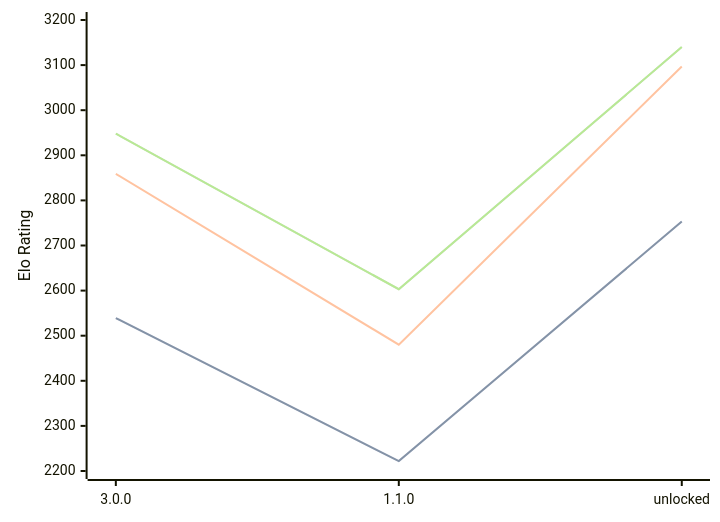
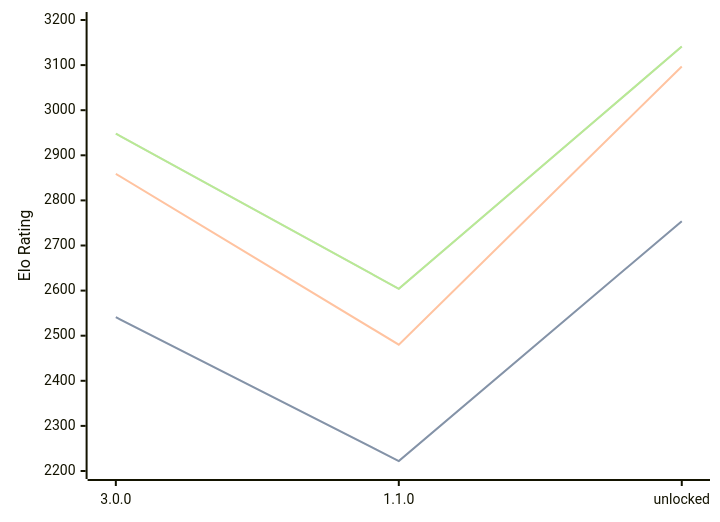
The diagram in engines/Potential.md (computer-chess-index/cci), drawn with Mermaid before and after one commit. The commit also changed other lines of this file, not shown here.

Commit message:
Update CCI Ratings (ELO VLTC) - 2026-09-16

````diff
--- a/engines/Potential.md
+++ b/engines/Potential.md
@@ -33,11 +33,11 @@
 ```mermaid
 %%{init: {"theme":"base","themeVariables":{"seriesColors:['#a3a3a3','#222221','#faa371']}}}%%
 xychart-beta
   x-axis ["3.0.0", "1.1.0", "unlocked"]
   y-axis "Elo Rating" 2200 --> 3200
-  line "" [2539, 2222, 2753]
-  line "STC (8.0+0.08s)" [2539, 2222, 2753]
+  line "" [2541, 2222, 2754]
+  line "STC (8.0+0.08s)" [2541, 2222, 2754]
   line "LTC (60.0+0.60s)" [2859, 2480, 3097]
-  line "" [2948, 2603, 3140]
-  line "VLTC (2m24s+1.12s)" [2948, 2603, 3140]
+  line "" [2948, 2604, 3141]
+  line "VLTC (2m24s+1.12s)" [2948, 2604, 3141]
 ```
````
